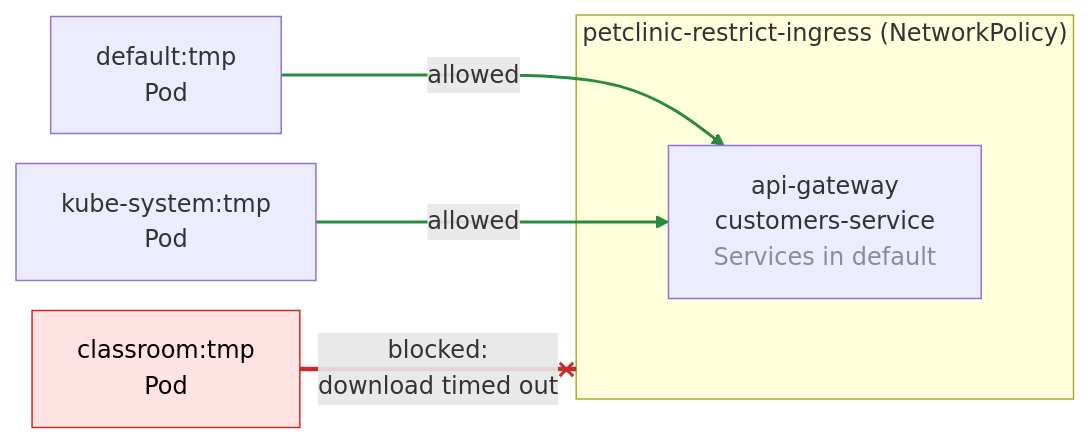
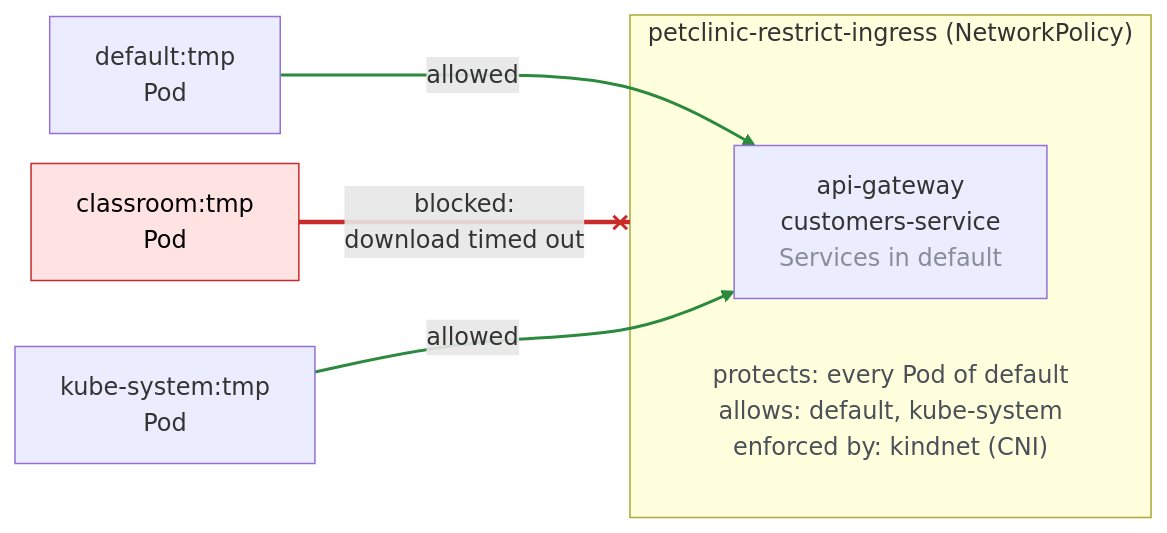
One commit to mincong-h/mincong-h.github.io changed the second of 3 diagrams in _posts/2026-11-08-esigelec-kubernetes-2026.md. Above: the diagram before and after it, drawn with Mermaid.

Commit message:
Add the rules of the NetworkPolicy to Figure 6 of the ESIGELEC Kubernetes 2026 Recap

````diff
--- a/_posts/2026-11-08-esigelec-kubernetes-2026.md
+++ b/_posts/2026-11-08-esigelec-kubernetes-2026.md
@@ -254,24 +254,30 @@
 ```mermaid
 ---
 config:
   flowchart:
     nodeSpacing: 20
     rankSpacing: 50
+    wrappingWidth: 300
 ---
 flowchart LR
     c_tmp["classroom:tmp<br>Pod"]
     d_tmp["default:tmp<br>Pod"]
     k_tmp["kube-system:tmp<br>Pod"]
     subgraph policy["petclinic-restrict-ingress (NetworkPolicy)"]
         petclinic["api-gateway<br>customers-service<br><span style='color:#868e96 !important'>Services in default</span>"]
+        rules["protects: every Pod of default<br>allows: default, kube-system<br>enforced by: kindnet (CNI)"]
     end
 
     c_tmp -- "blocked:<br>download timed out" --x policy
     d_tmp -- "allowed" --> petclinic
     k_tmp -- "allowed" --> petclinic
+    %% Invisible: keeps the rules in the column of the Services, inside the policy
+    k_tmp ~~~ rules
 
     classDef blocked fill:#ffe3e3,stroke:#c92a2a,color:#000
+    classDef rule fill:none,stroke:none,color:#495057
     class c_tmp blocked
+    class rules rule
     linkStyle 0 stroke:#c92a2a,stroke-width:3px
     linkStyle 1,2 stroke:#2b8a3e,stroke-width:2px
 ```
````
